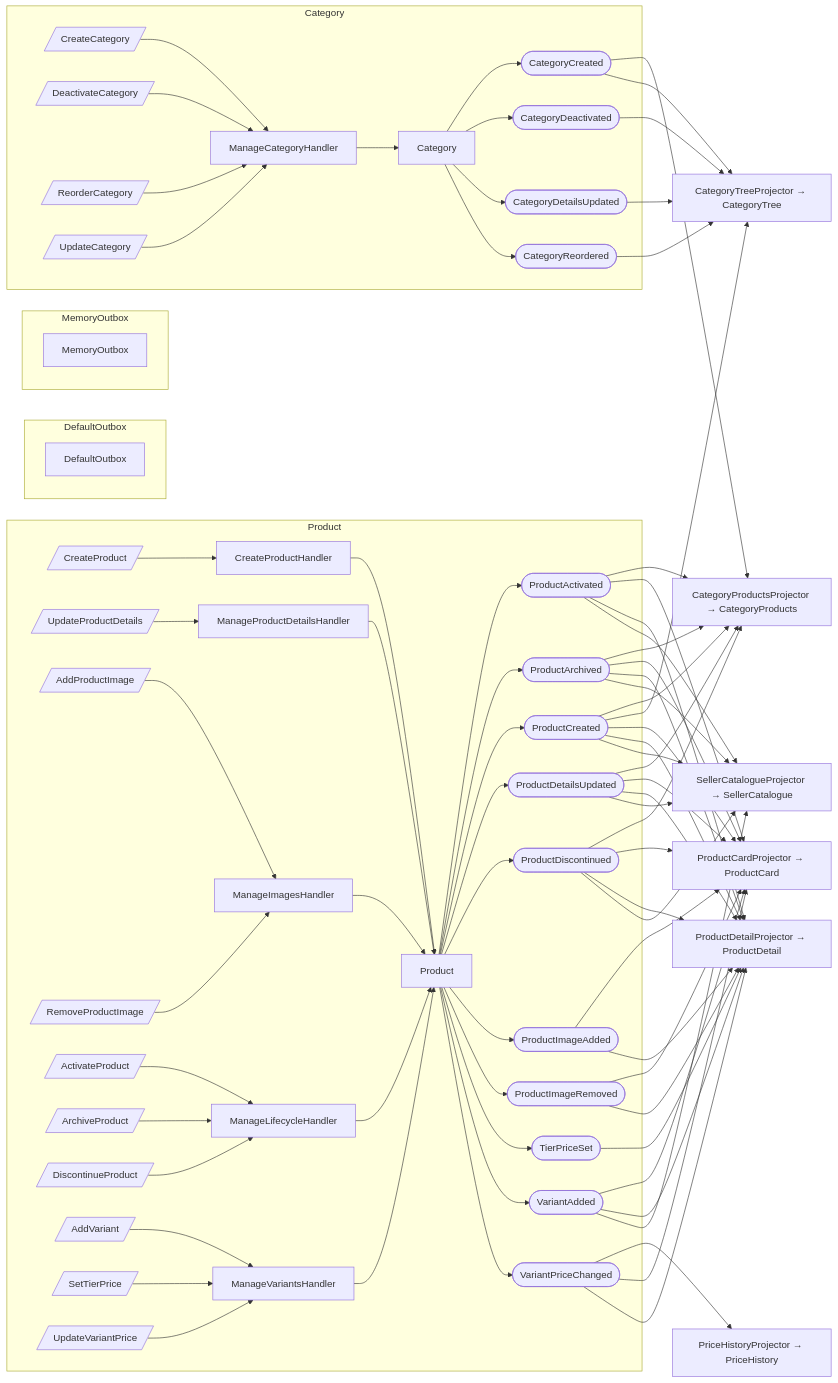
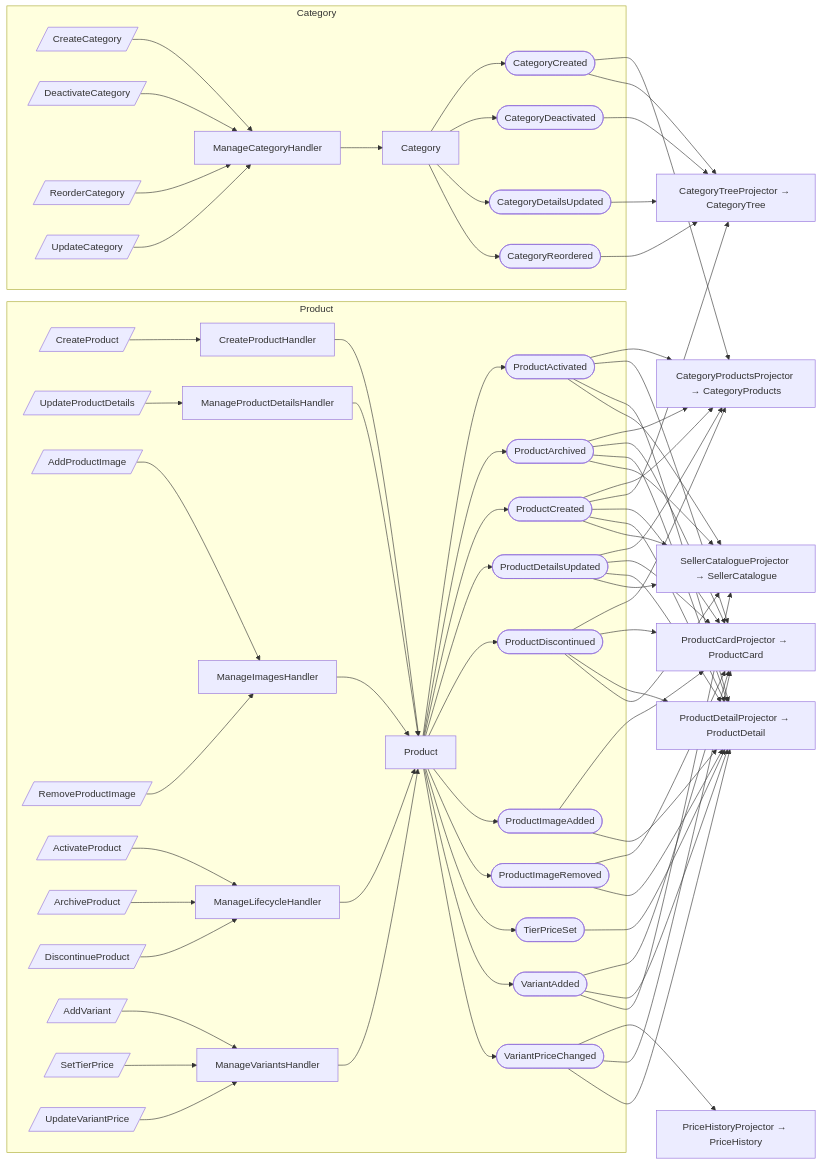
The diagram in docs/catalogue/event-flows.md (proteanhq/shopstream), drawn with Mermaid before and after one commit. The commit also changed 24 other files, not shown here.

First line of the commit message:
Regenerate domain documentation with fixed Mermaid rendering

````diff
--- a/docs/catalogue/event-flows.md
+++ b/docs/catalogue/event-flows.md
@@ -3,11 +3,5 @@
 ```mermaid
 flowchart LR
-    subgraph abc_DefaultOutbox[DefaultOutbox]
-        agg_abc_DefaultOutbox[DefaultOutbox]
-    end
-    subgraph abc_MemoryOutbox[MemoryOutbox]
-        agg_abc_MemoryOutbox[MemoryOutbox]
-    end
     subgraph catalogue_category_category_Category[Category]
         agg_catalogue_category_category_Category[Category]
         cmd_catalogue_category_management_CreateCategory[/CreateCategory/]
````
